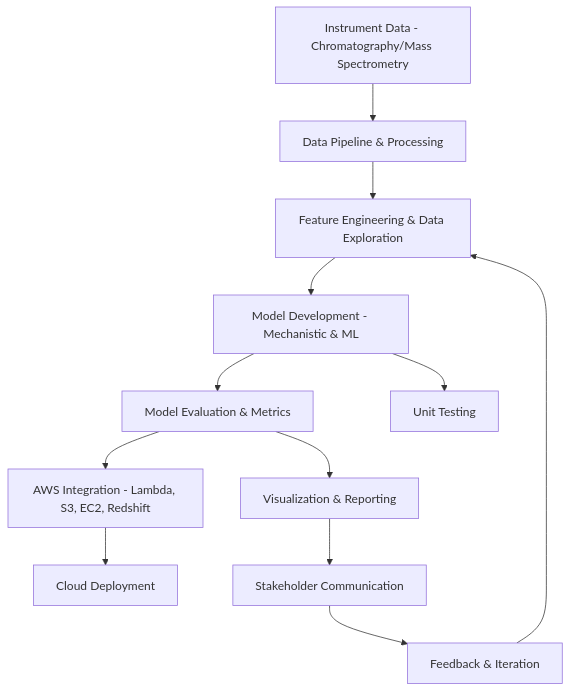
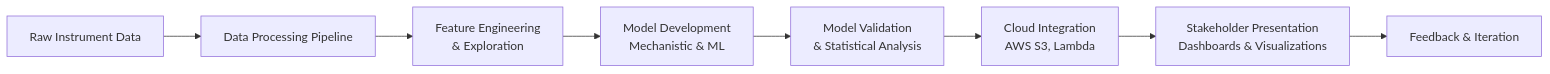
Before and after one commit to justin-mbca/chromatography-ml-pipeline: the diagram in README.md, drawn with Mermaid. The commit also changed other lines of this file, not shown here.

````diff
--- a/README.md
+++ b/README.md
@@ -109,14 +84,10 @@
 ```mermaid
-flowchart TD
-	A[Instrument Data - Chromatography/Mass Spectrometry] --> B[Data Pipeline & Processing]
-	B --> C[Feature Engineering & Data Exploration]
-	C --> D[Model Development - Mechanistic & ML]
-	D --> E[Model Evaluation & Metrics]
-	E --> F[Visualization & Reporting]
-	D --> G[Unit Testing]
-	E --> H[AWS Integration - Lambda, S3, EC2, Redshift]
-	H --> I[Cloud Deployment]
-	F --> J[Stakeholder Communication]
-	J --> K[Feedback & Iteration]
-	K --> C
+flowchart LR
+    A[Raw Instrument Data] --> B[Data Processing Pipeline]
+    B --> C[Feature Engineering<br>& Exploration]
+    C --> D[Model Development<br>Mechanistic & ML]
+    D --> E[Model Validation<br>& Statistical Analysis]
+    E --> F[Cloud Integration<br>AWS S3, Lambda]
+    F --> G[Stakeholder Presentation<br>Dashboards & Visualizations]
+    G --> H[Feedback & Iteration]
 ```
````
